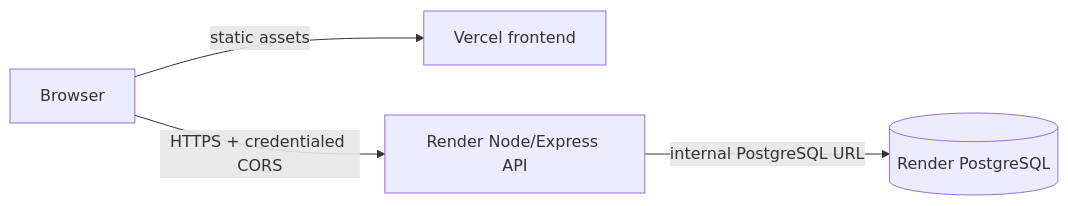
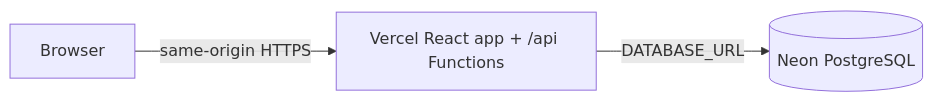
Before and after one commit to Xandra-0001/cornercafe-recreated: the diagram in DEPLOYMENT_GUIDE.md, drawn with Mermaid. The commit also changed other lines of this file and 15 other files, not shown here.

Commit message:
Deploy Corner Cafe with Vercel Functions and Neon

````diff
--- a/DEPLOYMENT_GUIDE.md
+++ b/DEPLOYMENT_GUIDE.md
@@ -5,6 +5,5 @@
 ```mermaid
 flowchart LR
-  Browser -->|static assets| Vercel[Vercel frontend]
-  Browser -->|HTTPS + credentialed CORS| Render[Render Node/Express API]
-  Render -->|internal PostgreSQL URL| DB[(Render PostgreSQL)]
+  Browser -->|same-origin HTTPS| Vercel[Vercel React app + /api Functions]
+  Vercel -->|DATABASE_URL| Neon[(Neon PostgreSQL)]
 ```
````
